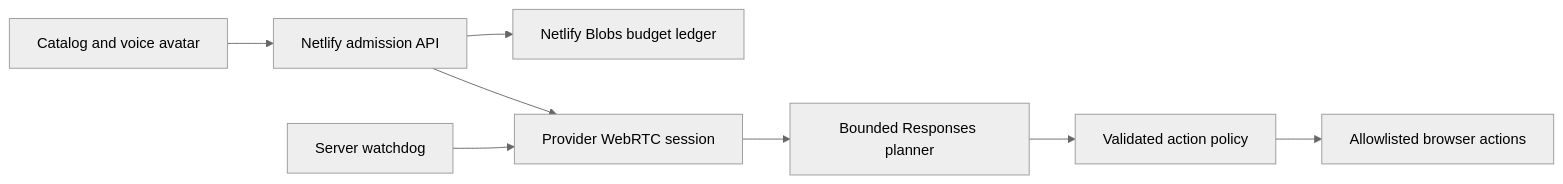
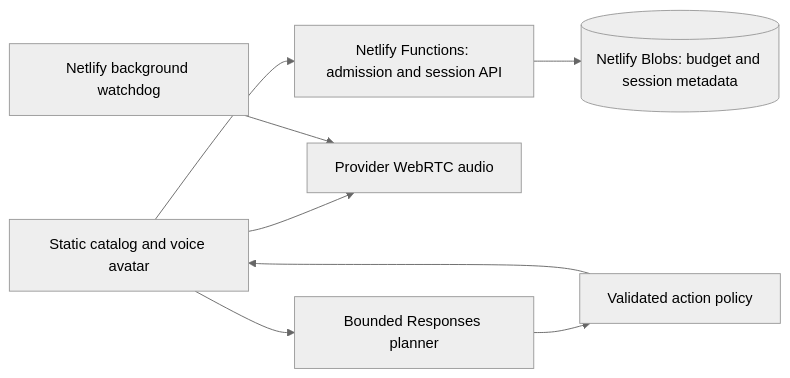
Before and after one commit to shanto12/agentmart-showcase: the diagram in README.md, drawn with Mermaid (neutral theme). The commit also changed other lines of this file and 4 other files, not shown here.

Commit message:
Show AgentMart voice workflow and durable budget architecture

````diff
--- a/README.md
+++ b/README.md
@@ -21,10 +26,10 @@
 ```mermaid
 flowchart LR
-  Browser[Catalog and voice avatar] --> API[Netlify admission API]
-  API --> Ledger[Netlify Blobs budget ledger]
-  API --> Voice[Provider WebRTC session]
-  Voice --> Planner[Bounded Responses planner]
+  UI[Static catalog and voice avatar] --> API[Netlify Functions: admission and session API]
+  API --> Ledger[(Netlify Blobs: budget and session metadata)]
+  UI --> Voice[Provider WebRTC audio]
+  UI --> Planner[Bounded Responses planner]
   Planner --> Policy[Validated action policy]
-  Policy --> UI[Allowlisted browser actions]
-  Watchdog[Server watchdog] --> Voice
+  Policy --> UI
+  Watchdog[Netlify background watchdog] --> Voice
 ```
````
